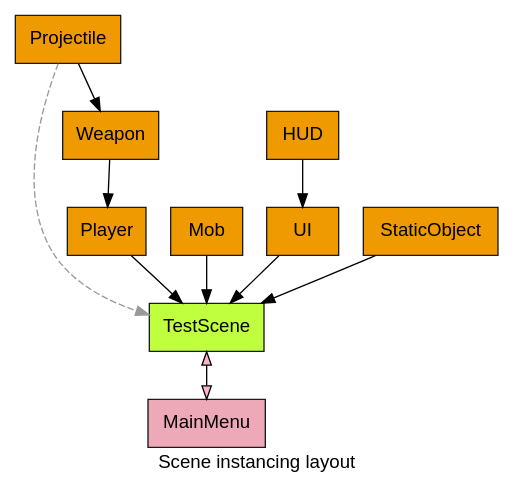
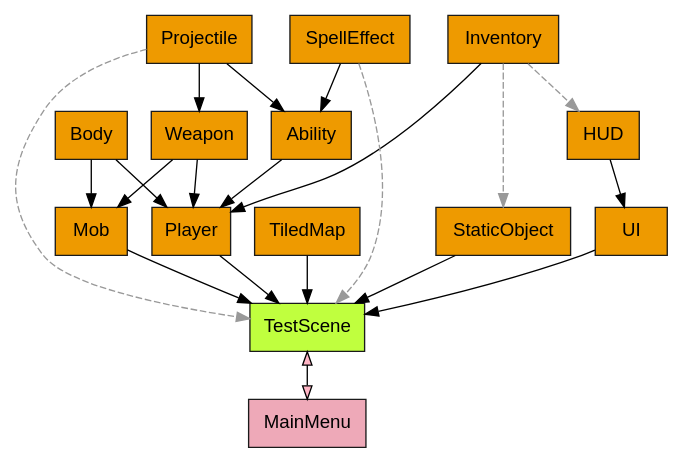
Before and after one commit to NiclasEriksen/godot_rpg: the diagram in scene_layout.dot, drawn with Graphviz. The commit also changed 7 other files, not shown here.

Commit message:
Clean up of project, removed testing sprites, added TODO file and updated scene instance graph.

```diff
--- a/scene_layout.dot
+++ b/scene_layout.dot
@@ -1,20 +1,29 @@
 digraph {
     graph [fontname="helvetica", fillcolor="orange2"]
     node [
         shape="box",
         fontname="helvetica",
         style=filled,
         fillcolor="orange2", color="grey10"
     ]
-    label="Scene instancing layout"
+    # label="Scene instancing layout"
     root[label="TestScene", fillcolor="olivedrab1"]
     MainMenu[fillcolor="pink2"]
-    Player -> root
-    Mob -> root
+    Body -> Player -> root
+    Body -> Mob -> root
+    Weapon -> Mob
 	Weapon -> Player
+    Inventory -> HUD [color="grey60", style=dashed]
+    Inventory -> StaticObject [color="grey60", style=dashed]
+    Inventory -> Player
+    Ability -> Player
+    TiledMap -> root
     HUD -> UI -> root
     StaticObject -> root
     Projectile -> Weapon
+    Projectile -> Ability
+    SpellEffect -> Ability
     Projectile -> root [color="grey60", style=dashed]
+    SpellEffect -> root [color="grey60", style=dashed]
     root -> MainMenu [dir=both, fillcolor="pink1"]
 }
```
